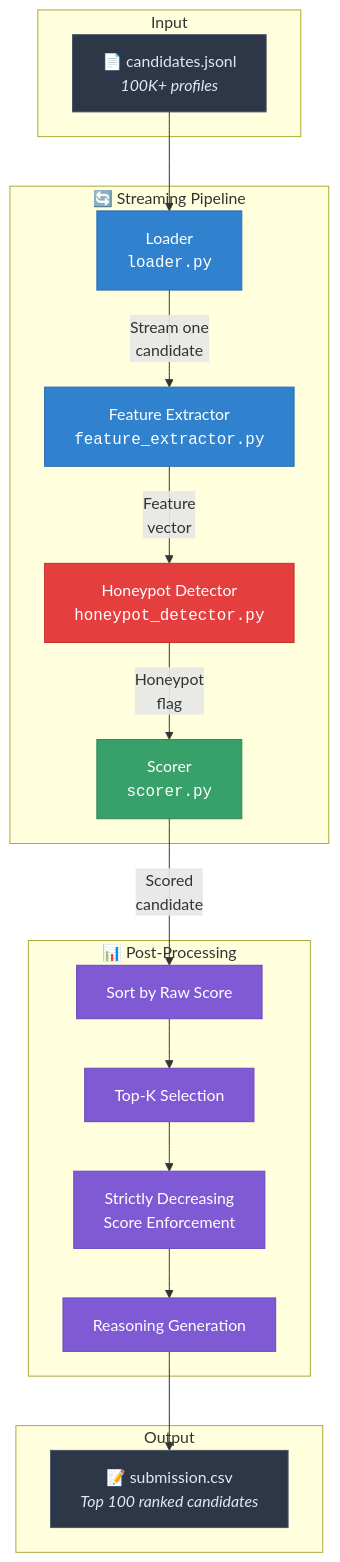
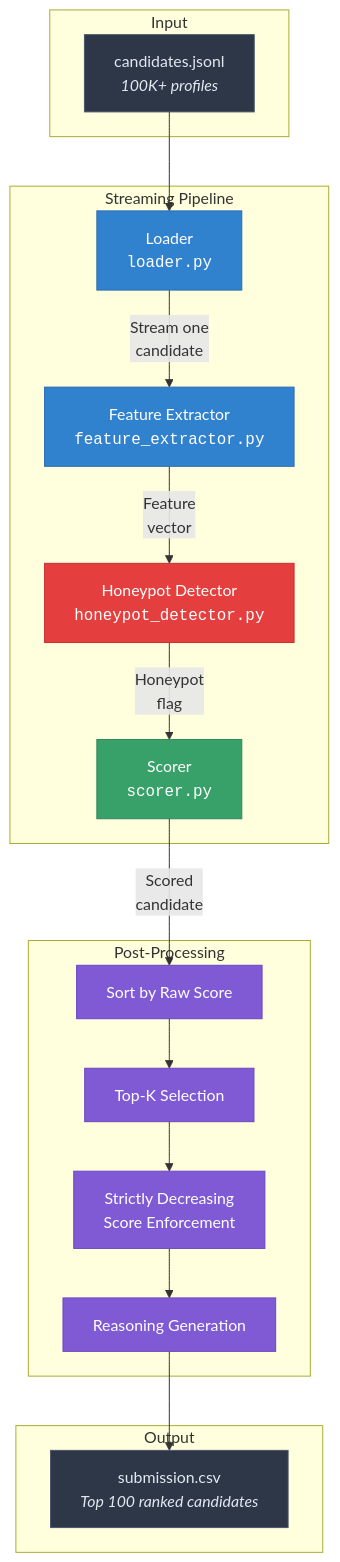
The first of 6 diagrams in README.md (prathameshfuke/candis), drawn with Mermaid before and after one commit. The commit also changed other lines of this file and 5 other files, not shown here.

````diff
--- a/README.md
+++ b/README.md
@@ -62,45 +62,45 @@
 ```mermaid
 graph TB
     subgraph Input
-        A["📄 candidates.jsonl<br/><i>100K+ profiles</i>"]
+        A["candidates.jsonl<br/><i>100K+ profiles</i>"]
     end
 
-    subgraph "🔄 Streaming Pipeline"
+    subgraph "Streaming Pipeline"
         B["Loader<br/><code>loader.py</code>"]
         C["Feature Extractor<br/><code>feature_extractor.py</code>"]
         D["Honeypot Detector<br/><code>honeypot_detector.py</code>"]
         E["Scorer<br/><code>scorer.py</code>"]
     end
 
-    subgraph "📊 Post-Processing"
+    subgraph "Post-Processing"
         F["Sort by Raw Score"]
         G["Top-K Selection"]
         H["Strictly Decreasing<br/>Score Enforcement"]
         I["Reasoning Generation"]
     end
 
     subgraph Output
-        J["📝 submission.csv<br/><i>Top 100 ranked candidates</i>"]
+        J["submission.csv<br/><i>Top 100 ranked candidates</i>"]
     end
 
     A --> B
     B -->|"Stream one<br/>candidate"| C
     C -->|"Feature<br/>vector"| D
     D -->|"Honeypot<br/>flag"| E
     E -->|"Scored<br/>candidate"| F
     F --> G
     G --> H
     H --> I
     I --> J
 
     style A fill:#2d3748,stroke:#4a5568,color:#e2e8f0
     style J fill:#2d3748,stroke:#4a5568,color:#e2e8f0
     style B fill:#3182ce,stroke:#2b6cb0,color:#fff
     style C fill:#3182ce,stroke:#2b6cb0,color:#fff
     style D fill:#e53e3e,stroke:#c53030,color:#fff
     style E fill:#38a169,stroke:#2f855a,color:#fff
     style F fill:#805ad5,stroke:#6b46c1,color:#fff
     style G fill:#805ad5,stroke:#6b46c1,color:#fff
     style H fill:#805ad5,stroke:#6b46c1,color:#fff
     style I fill:#805ad5,stroke:#6b46c1,color:#fff
 ```
````
